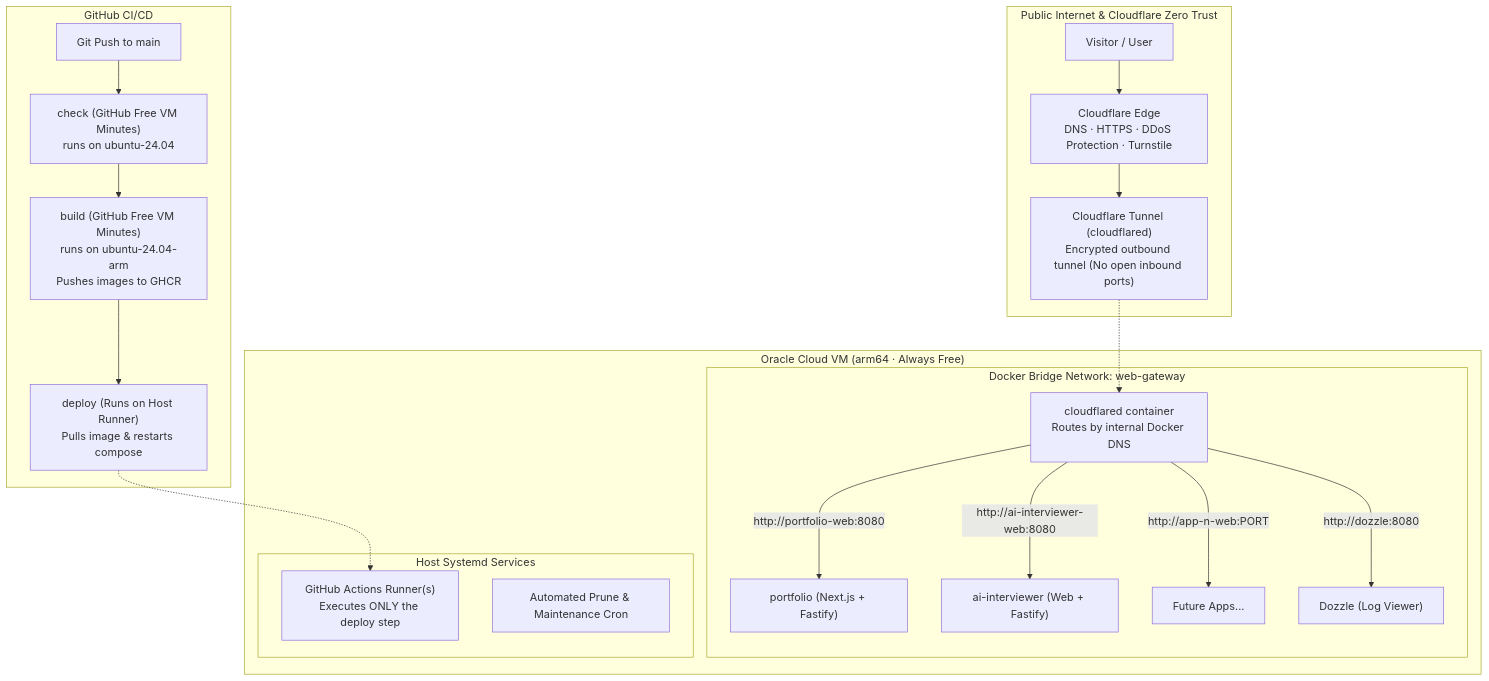
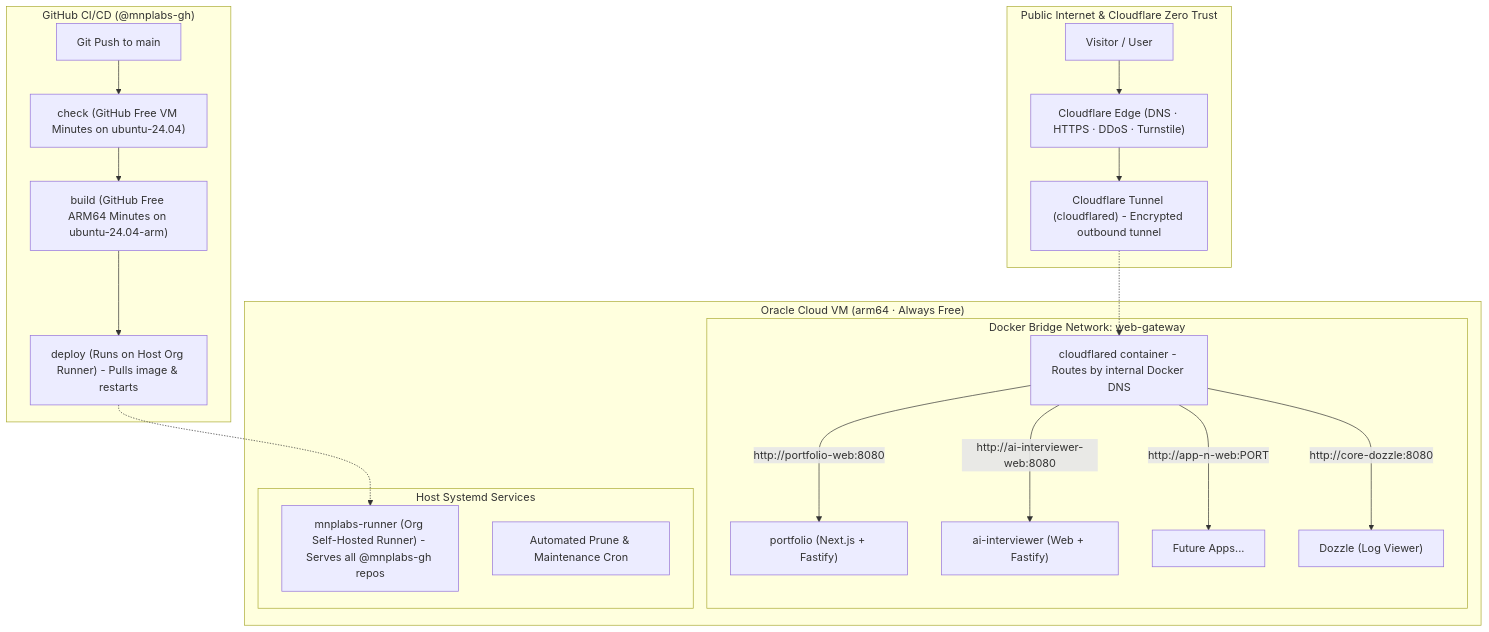
One commit to mnplabs-gh/server-infra changed the diagram in README.md. Above: the diagram before and after it, drawn with Mermaid. The commit also changed other lines of this file and 7 other files, not shown here.

First line of the commit message:
Migrate CI/CD to a single org-level runner and flatten app dirs

````diff
--- a/README.md
+++ b/README.md
@@ -7,32 +7,32 @@
 ```mermaid
 flowchart TD
   subgraph internet["Public Internet & Cloudflare Zero Trust"]
-    visitor["Visitor / User"] --> cf["Cloudflare Edge<br/>DNS · HTTPS · DDoS Protection · Turnstile"]
-    tunnel["Cloudflare Tunnel (cloudflared)<br/>Encrypted outbound tunnel (No open inbound ports)"]
+    visitor["Visitor / User"] --> cf["Cloudflare Edge (DNS · HTTPS · DDoS · Turnstile)"]
+    tunnel["Cloudflare Tunnel (cloudflared) - Encrypted outbound tunnel"]
     cf --> tunnel
   end
 
   subgraph vm["Oracle Cloud VM (arm64 · Always Free)"]
     subgraph dockerNet["Docker Bridge Network: web-gateway"]
-      cfContainer["cloudflared container<br/>Routes by internal Docker DNS"]
+      cfContainer["cloudflared container - Routes by internal Docker DNS"]
       tunnel -.-> cfContainer
 
       cfContainer -->|"http://portfolio-web:8080"| app1["portfolio (Next.js + Fastify)"]
       cfContainer -->|"http://ai-interviewer-web:8080"| app2["ai-interviewer (Web + Fastify)"]
       cfContainer -->|"http://app-n-web:PORT"| appN["Future Apps..."]
-      cfContainer -->|"http://dozzle:8080"| logs["Dozzle (Log Viewer)"]
+      cfContainer -->|"http://core-dozzle:8080"| logs["Dozzle (Log Viewer)"]
     end
 
     subgraph runnerHost["Host Systemd Services"]
-      runner["GitHub Actions Runner(s)<br/>Executes ONLY the deploy step"]
+      runner["mnplabs-runner (Org Self-Hosted Runner) - Serves all @mnplabs-gh repos"]
       cron["Automated Prune & Maintenance Cron"]
     end
   end
 
-  subgraph github["GitHub CI/CD"]
-    commit["Git Push to main"] --> checkJob["check (GitHub Free VM Minutes)<br/>runs on ubuntu-24.04"]
-    checkJob --> buildJob["build (GitHub Free VM Minutes)<br/>runs on ubuntu-24.04-arm<br/>Pushes images to GHCR"]
-    buildJob --> deployJob["deploy (Runs on Host Runner)<br/>Pulls image & restarts compose"]
+  subgraph github["GitHub CI/CD (@mnplabs-gh)"]
+    commit["Git Push to main"] --> checkJob["check (GitHub Free VM Minutes on ubuntu-24.04)"]
+    checkJob --> buildJob["build (GitHub Free ARM64 Minutes on ubuntu-24.04-arm)"]
+    buildJob --> deployJob["deploy (Runs on Host Org Runner) - Pulls image & restarts"]
     deployJob -.-> runner
   end
 ```
````
